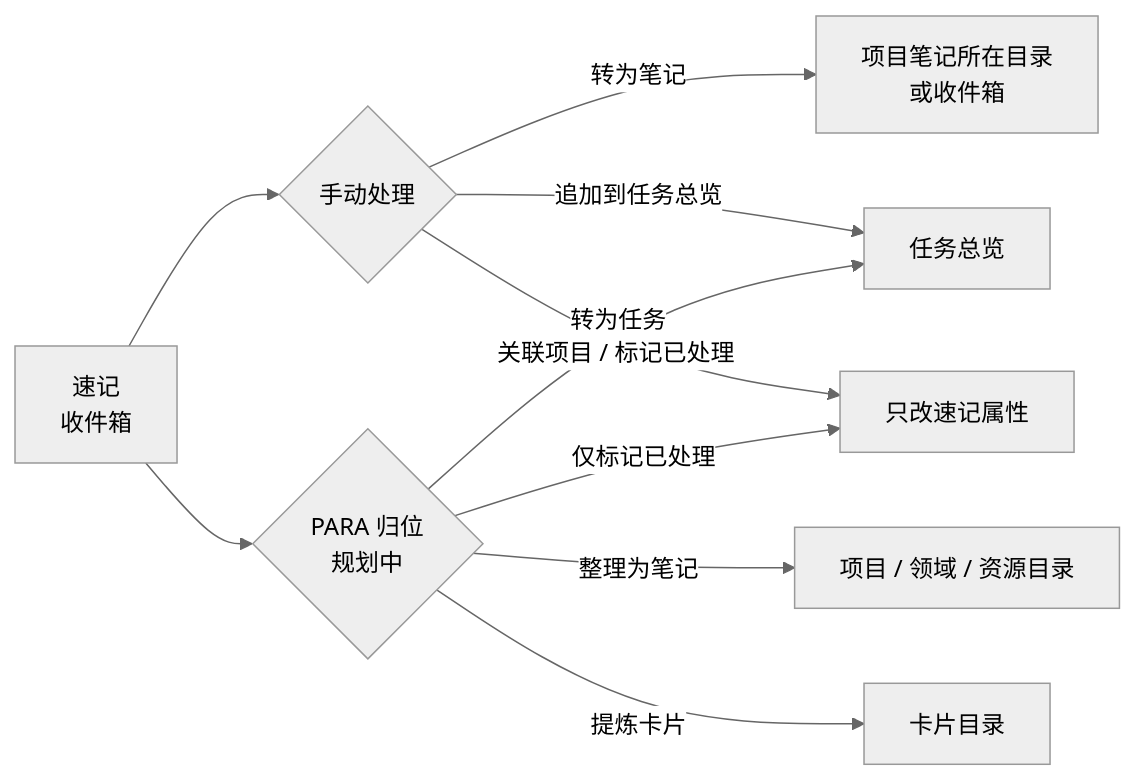
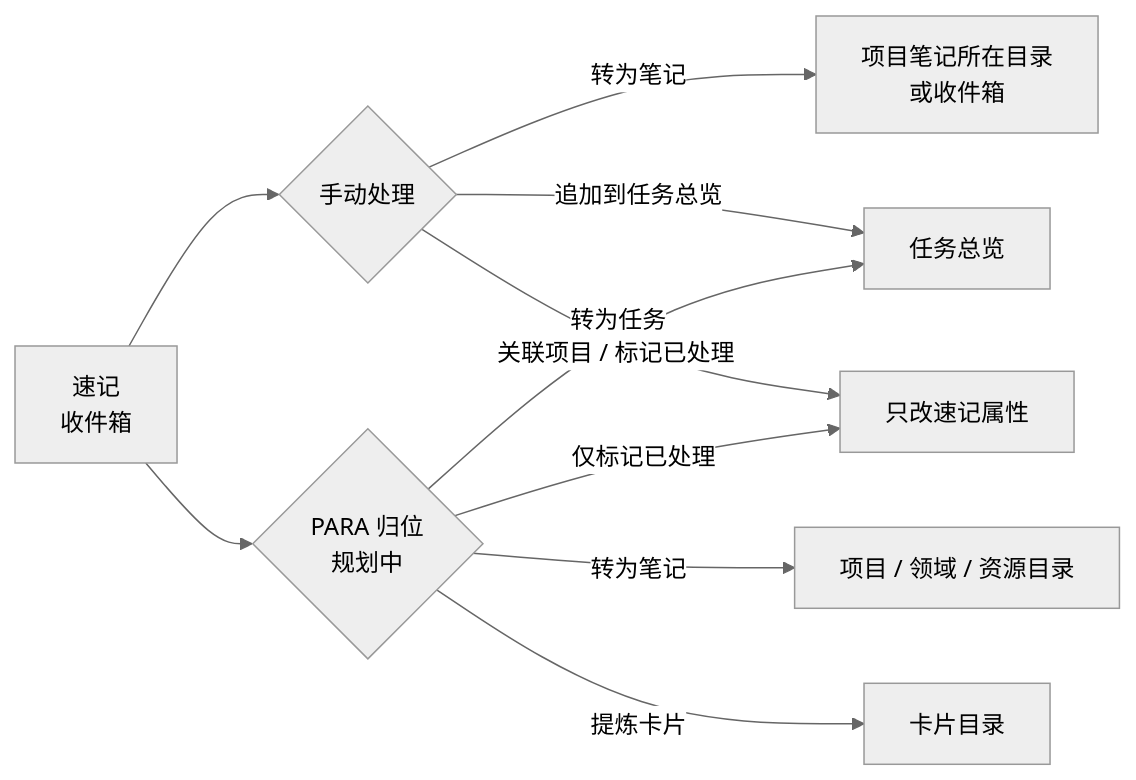
The diagram in docs/PARA.md (tangwz/tangrow), drawn with Mermaid (neutral theme) before and after one commit. The commit also changed other lines of this file and 5 other files, not shown here.

````diff
--- a/docs/PARA.md
+++ b/docs/PARA.md
@@ -118,12 +119,12 @@
 ```mermaid
 flowchart LR
   C[速记<br/>收件箱] --> M{手动处理}
   C --> E{PARA 归位<br/>规划中}
   M -->|转为笔记| MN[项目笔记所在目录<br/>或收件箱]
   M -->|追加到任务总览| T[任务总览]
   M -->|关联项目 / 标记已处理| S[只改速记属性]
-  E -->|整理为笔记| EN[项目 / 领域 / 资源目录]
+  E -->|转为笔记| EN[项目 / 领域 / 资源目录]
   E -->|转为任务| T
   E -->|提炼卡片| K[卡片目录]
   E -->|仅标记已处理| S
 ```
````
